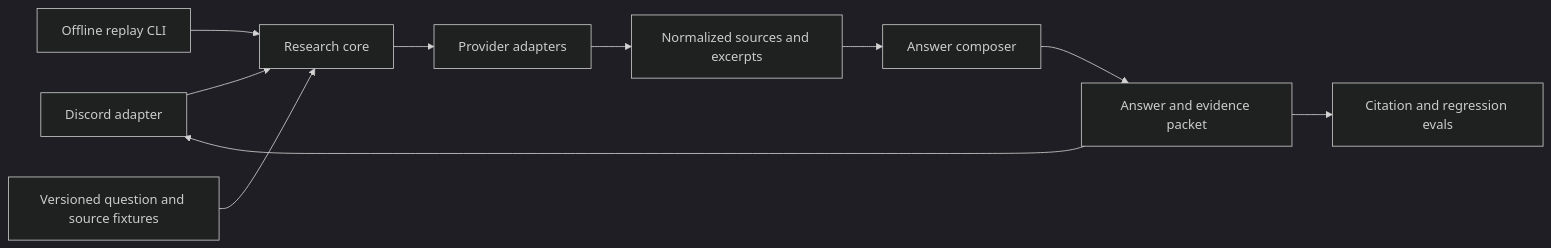
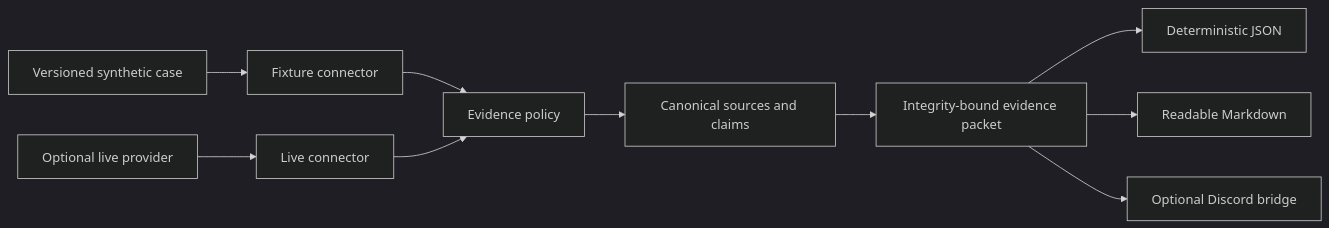
Before and after one commit to fortunexbt/docs: the diagram in labs/securepath.mdx, drawn with Mermaid (dark theme). The commit also changed other lines of this file and 3 other files, not shown here.

````diff
--- a/labs/securepath.mdx
+++ b/labs/securepath.mdx
@@ -56,12 +36,12 @@
 ```mermaid
 flowchart LR
-  Discord[Discord adapter] --> Core[Research core]
-  CLI[Offline replay CLI] --> Core
-  Fixture[Versioned question and source fixtures] --> Core
-  Core --> Provider[Provider adapters]
-  Provider --> Evidence[Normalized sources and excerpts]
-  Evidence --> Compose[Answer composer]
-  Compose --> Packet[Answer and evidence packet]
-  Packet --> Eval[Citation and regression evals]
-  Packet --> Discord
+  Fixture[Versioned synthetic case] --> Connector[Fixture connector]
+  Live[Optional live provider] --> Connector2[Live connector]
+  Connector --> Policy[Evidence policy]
+  Connector2 --> Policy
+  Policy --> Canon[Canonical sources and claims]
+  Canon --> Packet[Integrity-bound evidence packet]
+  Packet --> JSON[Deterministic JSON]
+  Packet --> MD[Readable Markdown]
+  Packet --> Discord[Optional Discord bridge]
 ```
````
